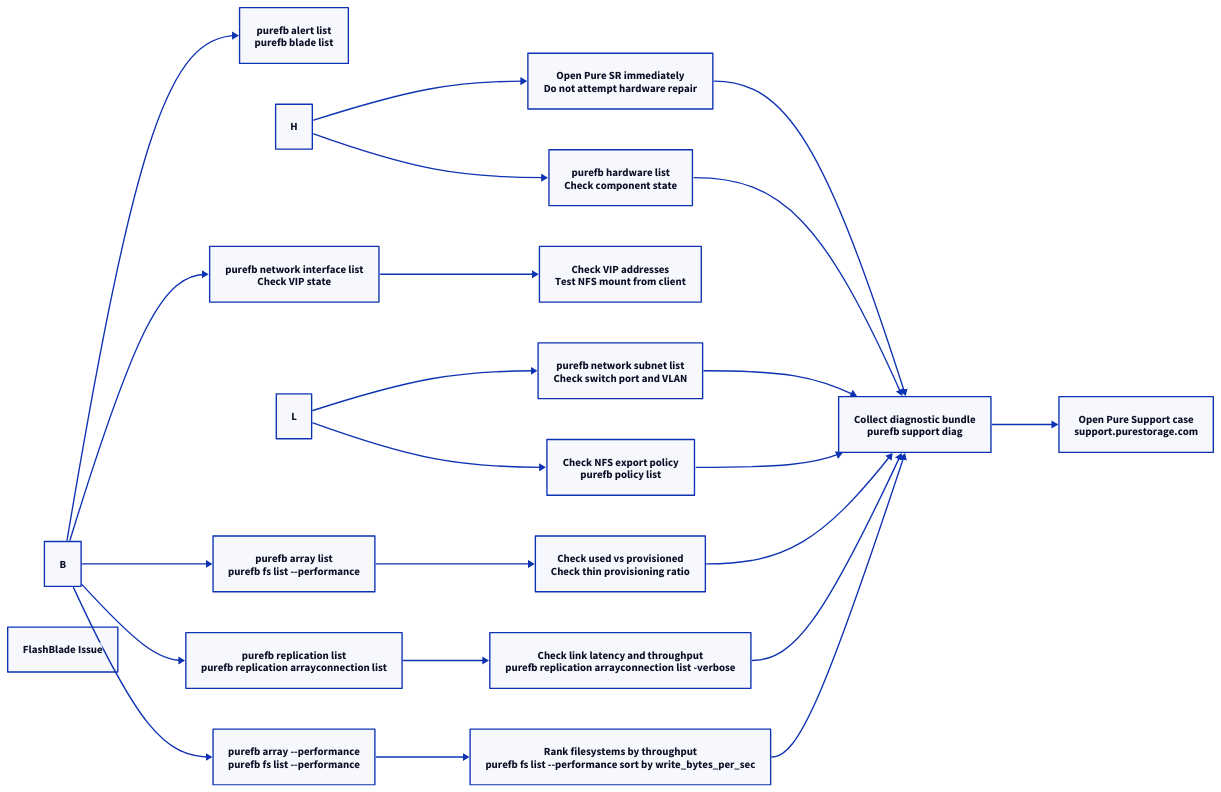
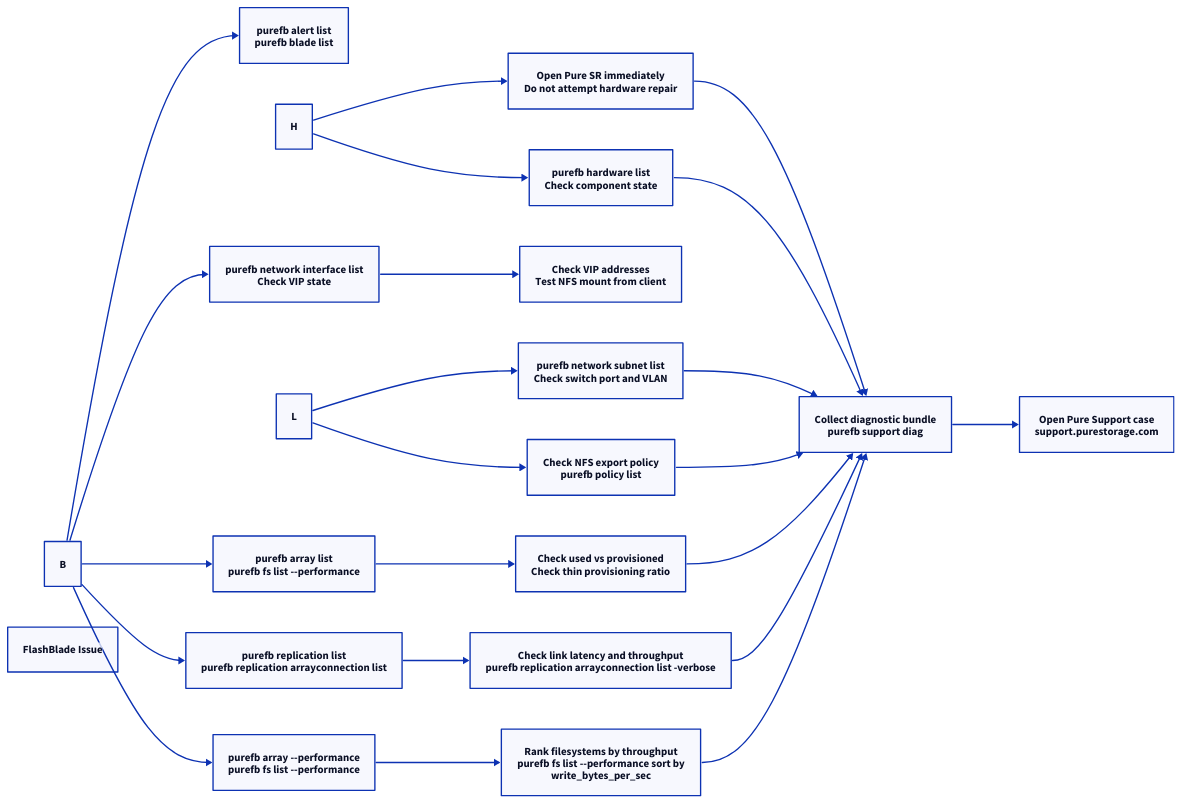
One commit to canast01/chris-kb changed the first of 2 diagrams in docs/storage/pure/flashblade/troubleshooting/diagnostics.md. Above: the diagram before and after it, drawn with D2. The commit also changed 192 other files, not shown here.

````diff
--- a/docs/storage/pure/flashblade/troubleshooting/diagnostics.md
+++ b/docs/storage/pure/flashblade/troubleshooting/diagnostics.md
@@ -17,45 +17,45 @@
 ```d2
 direction: right
 
 B: "B" {shape: rectangle}
 C: "purefb alert list\npurefb blade list" {shape: rectangle}
 D: "purefb network interface list\nCheck VIP state" {shape: rectangle}
 E: "purefb array list\npurefb fs list --performance" {shape: rectangle}
 F: "purefb replication list\npurefb replication arrayconnection list" {shape: rectangle}
 G: "purefb array --performance\npurefb fs list --performance" {shape: rectangle}
 H: "H" {shape: rectangle}
 I: "Open Pure SR immediately\nDo not attempt hardware repair" {shape: rectangle}
 J: "purefb hardware list\nCheck component state" {shape: rectangle}
 K: "Check VIP addresses\nTest NFS mount from client" {shape: rectangle}
 L: "L" {shape: rectangle}
 M: "purefb network subnet list\nCheck switch port and VLAN" {shape: rectangle}
 N: "Check NFS export policy\npurefb policy list" {shape: rectangle}
 O: "Check used vs provisioned\nCheck thin provisioning ratio" {shape: rectangle}
 P: "Check link latency and throughput\npurefb replication arrayconnection list -verbose" {shape: rectangle}
-Q: "Rank filesystems by throughput\npurefb fs list --performance sort by write_bytes_per_sec" {shape: rectangle}
+Q: "Rank filesystems by throughput\npurefb fs list --performance sort by\nwrite_bytes_per_sec" {shape: rectangle}
 R: "Collect diagnostic bundle\npurefb support diag" {shape: rectangle}
 S: "Open Pure Support case\nsupport.purestorage.com" {shape: rectangle}
 A: "FlashBlade Issue" {shape: rectangle}
 
 B -> C
 B -> D
 B -> E
 B -> F
 B -> G
 H -> I
 H -> J
 D -> K
 L -> M
 L -> N
 E -> O
 F -> P
 G -> Q
 I -> R
 J -> R
 M -> R
 N -> R
 O -> R
 P -> R
 Q -> R
 R -> S
 ```
````
